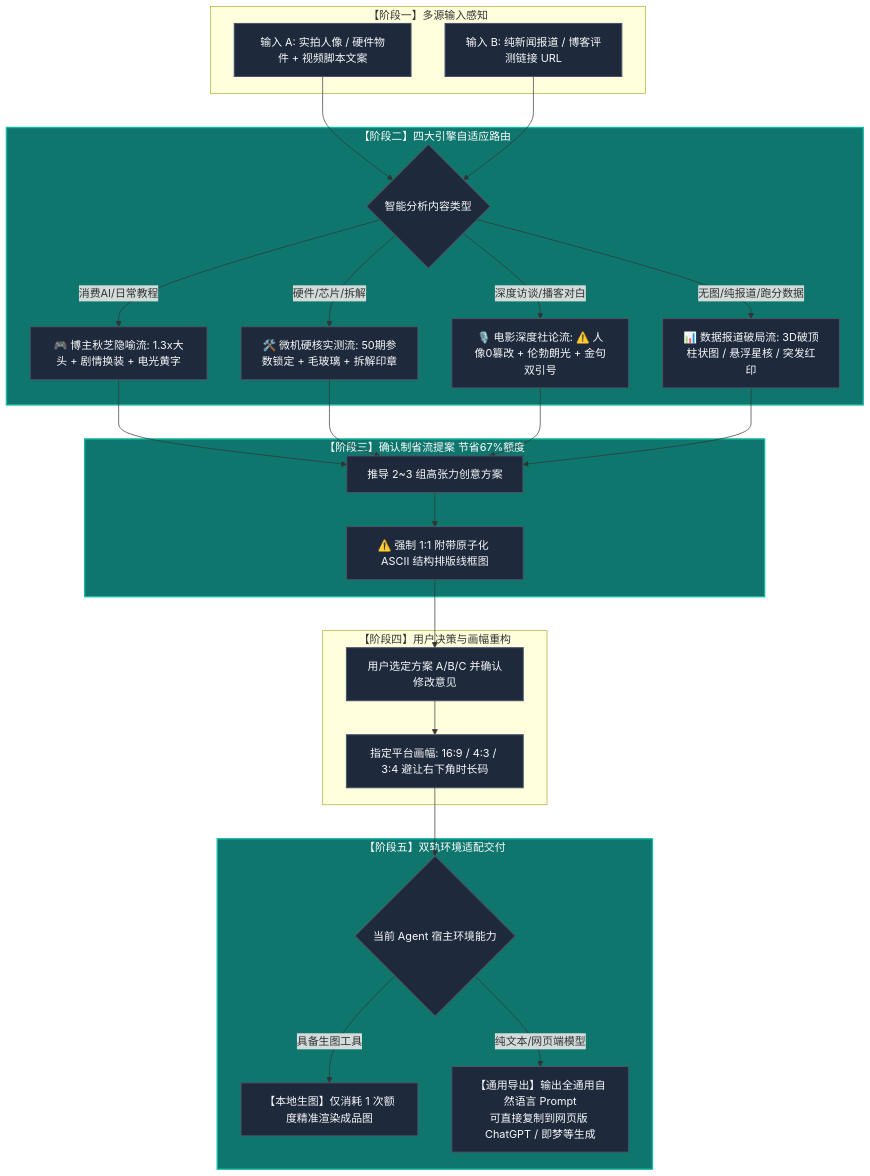
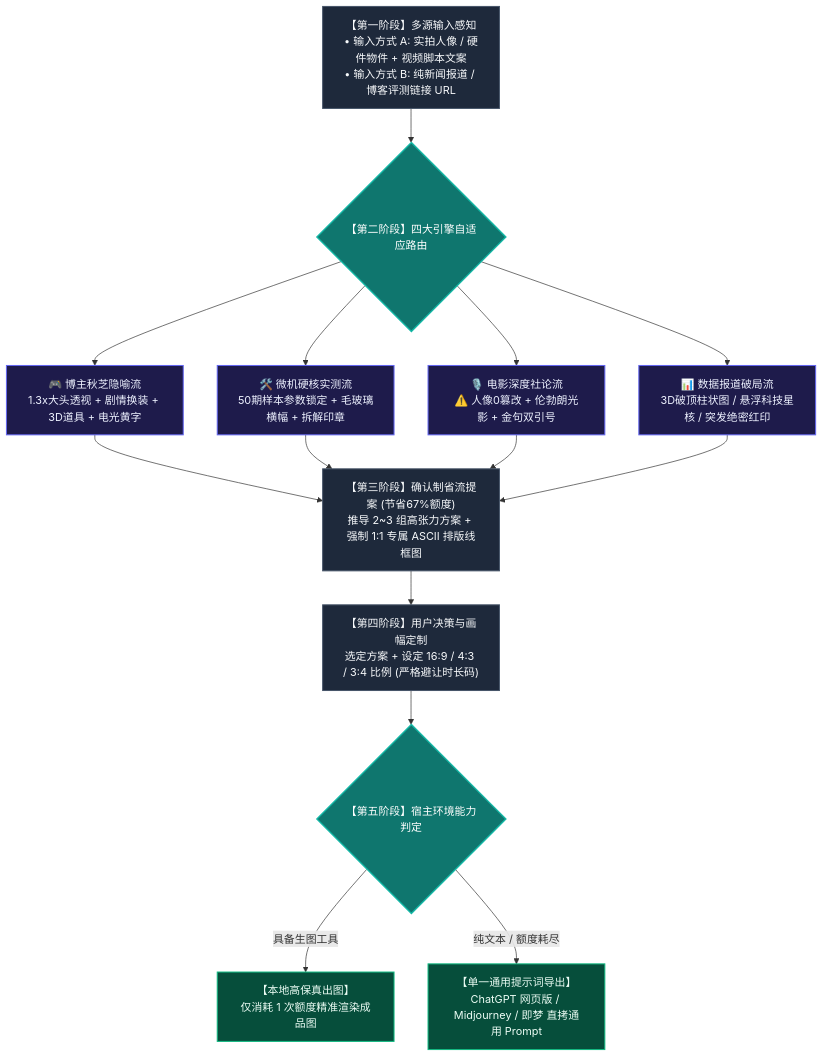
Before and after one commit to XuBeiYou408/video-cover-designer: the diagram in README.md, drawn with Mermaid.

Commit message:
fix(docs): resolve GitHub Mermaid rendering issue by simplifying flowchart structure

````diff
--- a/README.md
+++ b/README.md
@@ -9,52 +9,31 @@
 ```mermaid
 flowchart TD
-    %% 阶段 1
-    subgraph Stage1 [【阶段一】多源输入感知]
-        In1[输入 A: 实拍人像 / 硬件物件 + 视频脚本文案]
-        In2[输入 B: 纯新闻报道 / 博客评测链接 URL]
-    end
+    A["【第一阶段】多源输入感知<br>• 输入方式 A: 实拍人像 / 硬件物件 + 视频脚本文案<br>• 输入方式 B: 纯新闻报道 / 博客评测链接 URL"]
+    --> B{"【第二阶段】四大引擎自适应路由"}
 
-    %% 阶段 2
-    subgraph Stage2 [【阶段二】四大引擎自适应路由]
-        Router{智能分析内容类型}
-        E1[🎮 博主秋芝隐喻流: 1.3x大头 + 剧情换装 + 电光黄字]
-        E2[🛠️ 微机硬核实测流: 50期参数锁定 + 毛玻璃 + 拆解印章]
-        E3[🎙️ 电影深度社论流: ⚠️ 人像0篡改 + 伦勃朗光 + 金句双引号]
-        E4[📊 数据报道破局流: 3D破顶柱状图 / 悬浮星核 / 突发红印]
-    end
+    B --> C1["🎮 博主秋芝隐喻流<br>1.3x大头透视 + 剧情换装 + 3D道具 + 电光黄字"]
+    B --> C2["🛠️ 微机硬核实测流<br>50期样本参数锁定 + 毛玻璃横幅 + 拆解印章"]
+    B --> C3["🎙️ 电影深度社论流<br>⚠️ 人像0篡改 + 伦勃朗光影 + 金句双引号"]
+    B --> C4["📊 数据报道破局流<br>3D破顶柱状图 / 悬浮科技星核 / 突发绝密红印"]
 
-    %% 阶段 3
-    subgraph Stage3 [【阶段三】确认制省流提案 节省67%额度]
-        Propose[推导 2~3 组高张力创意方案]
-        Wireframe[⚠️ 强制 1:1 附带原子化 ASCII 结构排版线框图]
-    end
+    C1 --> D["【第三阶段】确认制省流提案 (节省67%额度)<br>推导 2~3 组高张力方案 + 强制 1:1 专属 ASCII 排版线框图"]
+    C2 --> D
+    C3 --> D
+    C4 --> D
 
-    %% 阶段 4
-    subgraph Stage4 [【阶段四】用户决策与画幅重构]
-        UserChoice[用户选定方案 A/B/C 并确认修改意见]
-        Ratio[指定平台画幅: 16:9 / 4:3 / 3:4 避让右下角时长码]
-    end
+    D --> E["【第四阶段】用户决策与画幅定制<br>选定方案 + 设定 16:9 / 4:3 / 3:4 比例 (严格避让时长码)"]
 
-    %% 阶段 5
-    subgraph Stage5 [【阶段五】双轨环境适配交付]
-        Branch{当前 Agent 宿主环境能力}
-        NativeGen[【本地生图】仅消耗 1 次额度精准渲染成品图]
-        UniversalPrompt[【通用导出】输出全通用自然语言 Prompt<br>可直接复制到网页版 ChatGPT / 即梦等生成]
-    end
+    E --> F{"【第五阶段】宿主环境能力判定"}
+    F -->|具备生图工具| G["【本地高保真出图】<br>仅消耗 1 次额度精准渲染成品图"]
+    F -->|纯文本 / 额度耗尽| H["【单一通用提示词导出】<br>ChatGPT 网页版 / Midjourney / 即梦 直拷通用 Prompt"]
 
-    %% 流程连接
-    In1 & In2 --> Router
-    Router -->|消费AI/日常教程| E1
-    Router -->|硬件/芯片/拆解| E2
-    Router -->|深度访谈/播客对白| E3
-    Router -->|无图/纯报道/跑分数据| E4
-    
-    E1 & E2 & E3 & E4 --> Propose --> Wireframe
-    Wireframe --> UserChoice --> Ratio --> Branch
-    Branch -->|具备生图工具| NativeGen
-    Branch -->|纯文本/网页端模型| UniversalPrompt
+    classDef stage fill:#1E293B,stroke:#475569,color:#F8FAFC,stroke-width:1.5px;
+    classDef decision fill:#0F766E,stroke:#14B8A6,color:#FFFFFF,stroke-width:2px;
+    classDef engine fill:#1E1B4B,stroke:#6366F1,color:#EEF2FF,stroke-width:1.5px;
+    classDef output fill:#064E3B,stroke:#10B981,color:#ECFDF5,stroke-width:1.5px;
 
-    classDef default fill:#1E293B,stroke:#475569,color:#F8FAFC,stroke-width:1.5px;
-    classDef highlight fill:#0F766E,stroke:#14B8A6,color:#FFFFFF,stroke-width:2px;
-    class Stage2,Stage3,Stage5 highlight;
+    class A,D,E stage;
+    class B,F decision;
+    class C1,C2,C3,C4 engine;
+    class G,H output;
 ```
````
